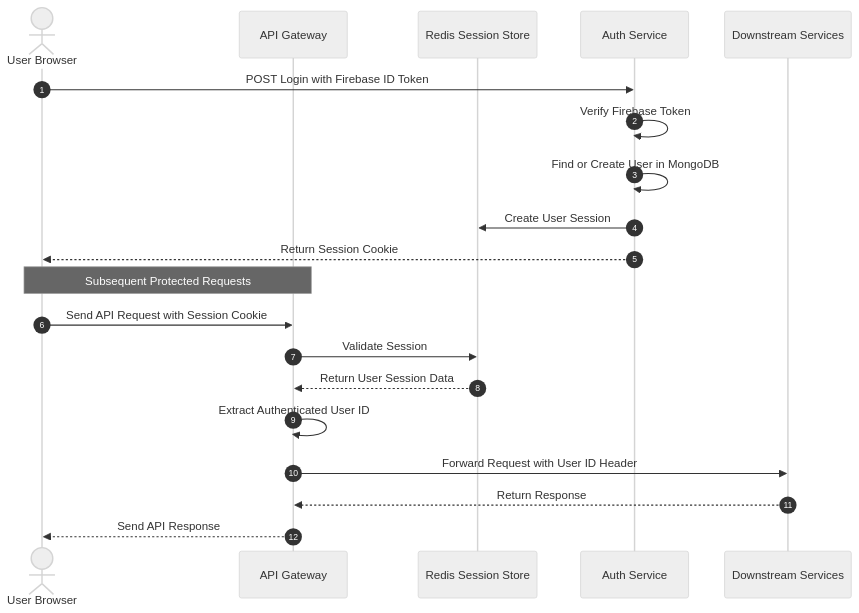
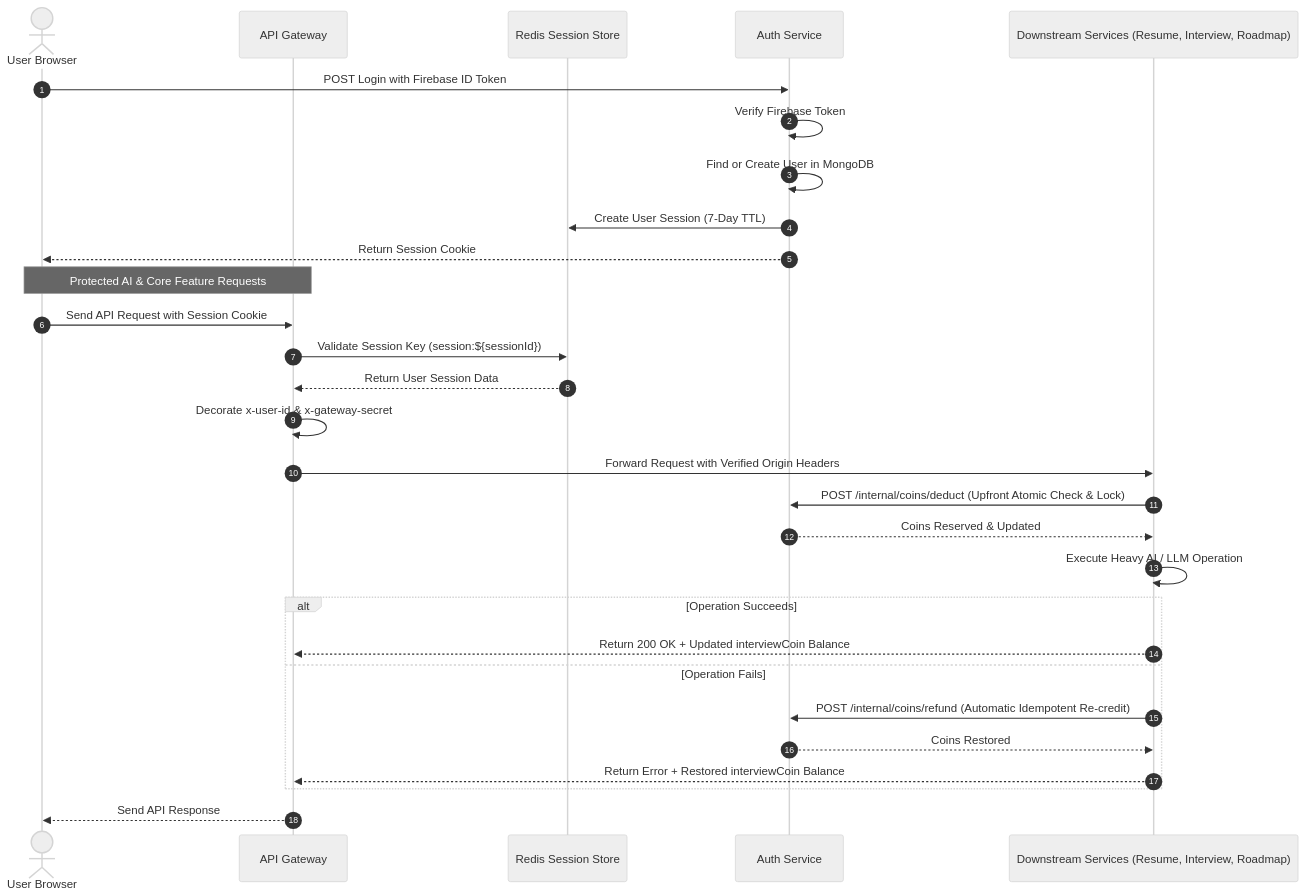
One commit to Harsh-Sharma-0001/Yugam changed the second of 4 diagrams in README.md. Above: the diagram before and after it, drawn with Mermaid (neutral theme). The commit also changed other lines of this file and 18 other files, not shown here.

````diff
--- a/README.md
+++ b/README.md
@@ -154,26 +158,35 @@
 ```mermaid
 sequenceDiagram
     autonumber
 
     actor User as User Browser
     participant GW as API Gateway
     participant Redis as Redis Session Store
     participant Auth as Auth Service
-    participant DS as Downstream Services
+    participant DS as Downstream Services (Resume, Interview, Roadmap)
 
     User->>Auth: POST Login with Firebase ID Token
     Auth->>Auth: Verify Firebase Token
     Auth->>Auth: Find or Create User in MongoDB
-    Auth->>Redis: Create User Session
+    Auth->>Redis: Create User Session (7-Day TTL)
     Auth-->>User: Return Session Cookie
 
-    Note over User,GW: Subsequent Protected Requests
+    Note over User,GW: Protected AI & Core Feature Requests
 
     User->>GW: Send API Request with Session Cookie
-    GW->>Redis: Validate Session
+    GW->>Redis: Validate Session Key (session:${sessionId})
     Redis-->>GW: Return User Session Data
-    GW->>GW: Extract Authenticated User ID
-    GW->>DS: Forward Request with User ID Header
-    DS-->>GW: Return Response
+    GW->>GW: Decorate x-user-id & x-gateway-secret
+    GW->>DS: Forward Request with Verified Origin Headers
+    DS->>Auth: POST /internal/coins/deduct (Upfront Atomic Check & Lock)
+    Auth-->>DS: Coins Reserved & Updated
+    DS->>DS: Execute Heavy AI / LLM Operation
+    alt Operation Succeeds
+        DS-->>GW: Return 200 OK + Updated interviewCoin Balance
+    else Operation Fails
+        DS->>Auth: POST /internal/coins/refund (Automatic Idempotent Re-credit)
+        Auth-->>DS: Coins Restored
+        DS-->>GW: Return Error + Restored interviewCoin Balance
+    end
     GW-->>User: Send API Response
 ```
````
